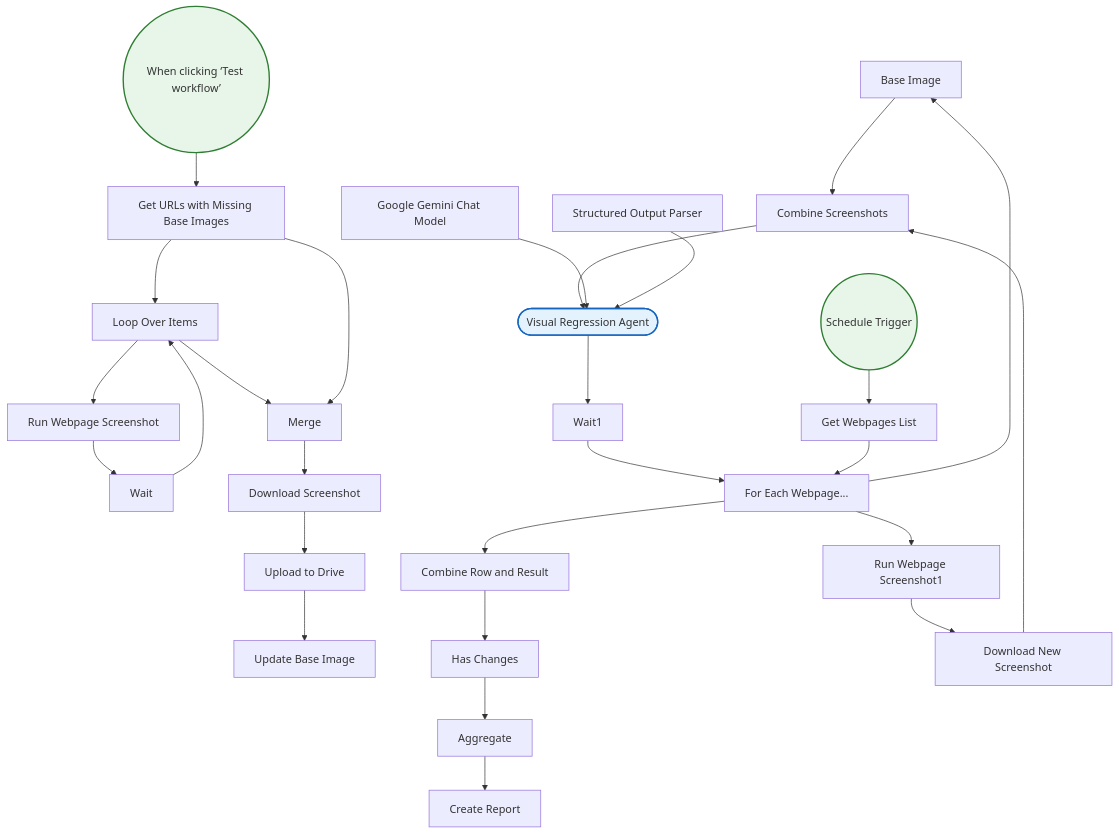
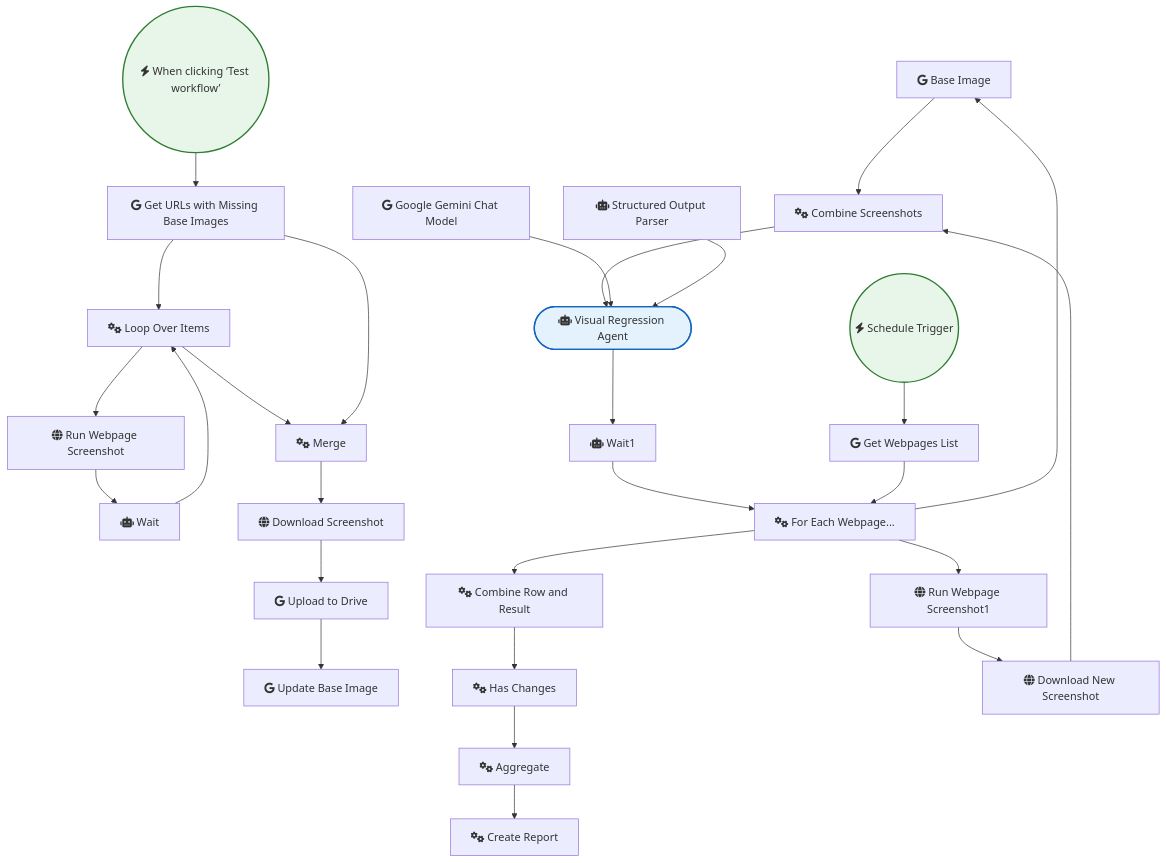
Before and after one commit to sreyash3105/N8N-DEMO-AUTOMATIONS: the diagram in AI_Research_RAG_and_Data_Analysis/Visual Regression Testing with Apify and AI Vision Model.md, drawn with Mermaid. The commit also changed 291 other files, not shown here.

````diff
--- a/AI_Research_RAG_and_Data_Analysis/Visual Regression Testing with Apify and AI Vision Model.md
+++ b/AI_Research_RAG_and_Data_Analysis/Visual Regression Testing with Apify and AI Vision Model.md
@@ -1,58 +1,58 @@
 ```mermaid
 graph TD
     classDef trigger fill:#e8f5e9,stroke:#2e7d32,stroke-width:2px;
     classDef ai fill:#e3f2fd,stroke:#1565c0,stroke-width:2px;
     classDef logic fill:#fff3e0,stroke:#ef6c00,stroke-width:2px;
 
-    Base_Image["Base Image"]
-    Google_Gemini_Chat_Model["Google Gemini Chat Model"]
-    Structured_Output_Parser["Structured Output Parser"]
-    Loop_Over_Items["Loop Over Items"]
-    Wait["Wait"]
-    Download_Screenshot["Download Screenshot"]
-    Upload_to_Drive["Upload to Drive"]
-    Update_Base_Image["Update Base Image"]
-    Merge["Merge"]
-    Schedule_Trigger(("Schedule Trigger")):::trigger
-    Get_URLs_with_Missing_Base_Images["Get URLs with Missing Base Images"]
-    Run_Webpage_Screenshot["Run Webpage Screenshot"]
-    Run_Webpage_Screenshot1["Run Webpage Screenshot1"]
-    Has_Changes["Has Changes"]
-    Combine_Row_and_Result["Combine Row and Result"]
-    Wait1["Wait1"]
-    Aggregate["Aggregate"]
-    Create_Report["Create Report"]
-    When_clicking__Test_workflow_(("When clicking ‘Test workflow’")):::trigger
-    Get_Webpages_List["Get Webpages List"]
-    For_Each_Webpage___["For Each Webpage..."]
-    Download_New_Screenshot["Download New Screenshot"]
-    Combine_Screenshots["Combine Screenshots"]
-    Visual_Regression_Agent(["Visual Regression Agent"]):::ai
+    Base_Image["fab:fa-google Base Image"]
+    Google_Gemini_Chat_Model["fab:fa-google Google Gemini Chat Model"]
+    Structured_Output_Parser["fas:fa-robot Structured Output Parser"]
+    Loop_Over_Items["fas:fa-cogs Loop Over Items"]
+    Wait["fas:fa-robot Wait"]
+    Download_Screenshot["fas:fa-globe Download Screenshot"]
+    Upload_to_Drive["fab:fa-google Upload to Drive"]
+    Update_Base_Image["fab:fa-google Update Base Image"]
+    Merge["fas:fa-cogs Merge"]
+    Schedule_Trigger(("fas:fa-bolt Schedule Trigger")):::trigger
+    Get_URLs_with_Missing_Base_Images["fab:fa-google Get URLs with Missing Base Images"]
+    Run_Webpage_Screenshot["fas:fa-globe Run Webpage Screenshot"]
+    Run_Webpage_Screenshot1["fas:fa-globe Run Webpage Screenshot1"]
+    Has_Changes["fas:fa-cogs Has Changes"]
+    Combine_Row_and_Result["fas:fa-cogs Combine Row and Result"]
+    Wait1["fas:fa-robot Wait1"]
+    Aggregate["fas:fa-cogs Aggregate"]
+    Create_Report["fas:fa-cogs Create Report"]
+    When_clicking__Test_workflow_(("fas:fa-bolt When clicking ‘Test workflow’")):::trigger
+    Get_Webpages_List["fab:fa-google Get Webpages List"]
+    For_Each_Webpage___["fas:fa-cogs For Each Webpage..."]
+    Download_New_Screenshot["fas:fa-globe Download New Screenshot"]
+    Combine_Screenshots["fas:fa-cogs Combine Screenshots"]
+    Visual_Regression_Agent(["fas:fa-robot Visual Regression Agent"]):::ai
 
     Wait --> Loop_Over_Items
     Merge --> Download_Screenshot
     Wait1 --> For_Each_Webpage___
     Aggregate --> Create_Report
     Base_Image --> Combine_Screenshots
     Has_Changes --> Aggregate
     Loop_Over_Items --> Merge
     Loop_Over_Items --> Run_Webpage_Screenshot
     Upload_to_Drive --> Update_Base_Image
     Schedule_Trigger --> Get_Webpages_List
     Get_Webpages_List --> For_Each_Webpage___
     Combine_Screenshots --> Visual_Regression_Agent
     Download_Screenshot --> Upload_to_Drive
     For_Each_Webpage___ --> Combine_Row_and_Result
     For_Each_Webpage___ --> Base_Image
     For_Each_Webpage___ --> Run_Webpage_Screenshot1
     Combine_Row_and_Result --> Has_Changes
     Run_Webpage_Screenshot --> Wait
     Download_New_Screenshot --> Combine_Screenshots
     Run_Webpage_Screenshot1 --> Download_New_Screenshot
     Visual_Regression_Agent --> Wait1
     Google_Gemini_Chat_Model --> Visual_Regression_Agent
     Structured_Output_Parser --> Visual_Regression_Agent
     Get_URLs_with_Missing_Base_Images --> Loop_Over_Items
     Get_URLs_with_Missing_Base_Images --> Merge
     When_clicking__Test_workflow_ --> Get_URLs_with_Missing_Base_Images
 ```
````
